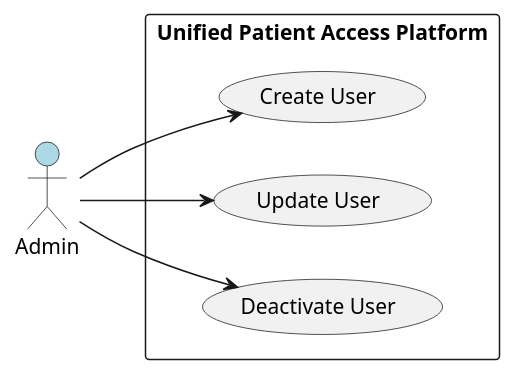
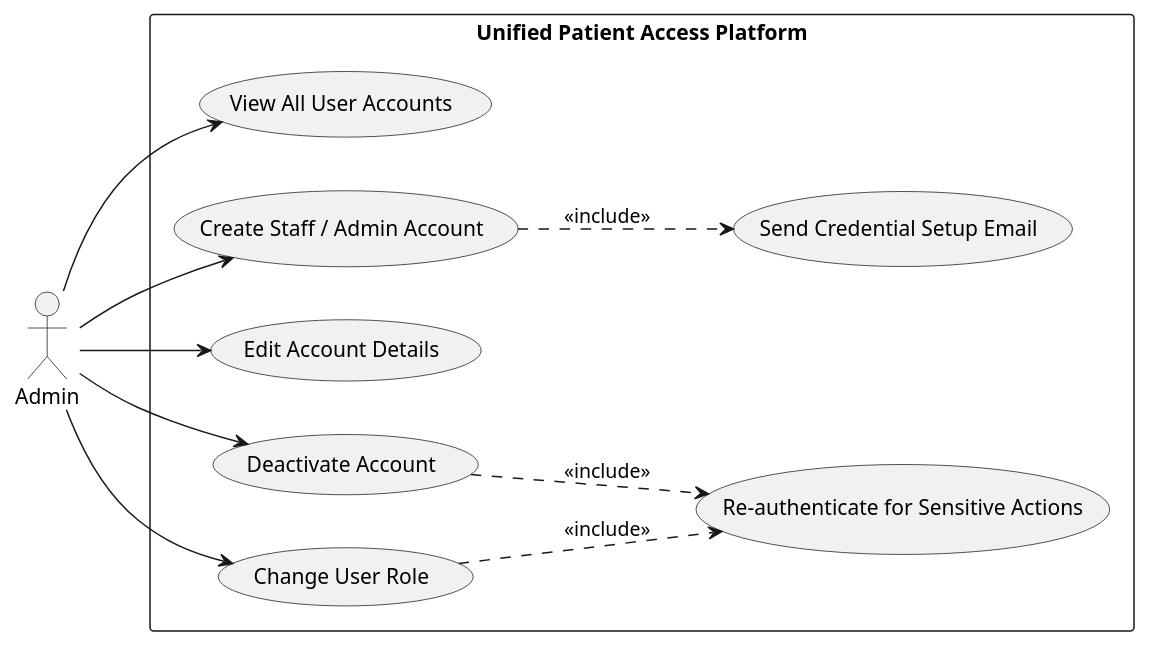
One commit to divya-bharathi-24/Propel-IQ-Patient-Platform changed the tenth of 12 diagrams in .propel/context/docs/spec.md. Above: the diagram before and after it, drawn with PlantUML. The commit also changed other lines of this file and 60 other files, not shown here.

````diff
--- a/.propel/context/docs/spec.md
+++ b/.propel/context/docs/spec.md
@@ -751,18 +699,27 @@
 ```plantuml
-@startuml
+@startuml UC-010-Admin-User-Management
 left to right direction
 skinparam packageStyle rectangle
 
-actor Admin #LightBlue
+actor Admin
 
 rectangle "Unified Patient Access Platform" {
-  usecase "Create User" as UC16a
-  usecase "Update User" as UC16b
-  usecase "Deactivate User" as UC16c
+  usecase "View All User Accounts" as UC010_VIEW
+  usecase "Create Staff / Admin Account" as UC010_CREATE
+  usecase "Edit Account Details" as UC010_EDIT
+  usecase "Deactivate Account" as UC010_DEACTIVATE
+  usecase "Change User Role" as UC010_ROLE
+  usecase "Re-authenticate for Sensitive Actions" as UC010_REAUTH
+  usecase "Send Credential Setup Email" as UC010_EMAIL
 }
 
-Admin --> UC16a
-Admin --> UC16b
-Admin --> UC16c
+Admin --> UC010_VIEW
+Admin --> UC010_CREATE
+Admin --> UC010_EDIT
+Admin --> UC010_DEACTIVATE
+Admin --> UC010_ROLE
+UC010_DEACTIVATE ..> UC010_REAUTH : <<include>>
+UC010_ROLE ..> UC010_REAUTH : <<include>>
+UC010_CREATE ..> UC010_EMAIL : <<include>>
 @enduml
 ```
````
